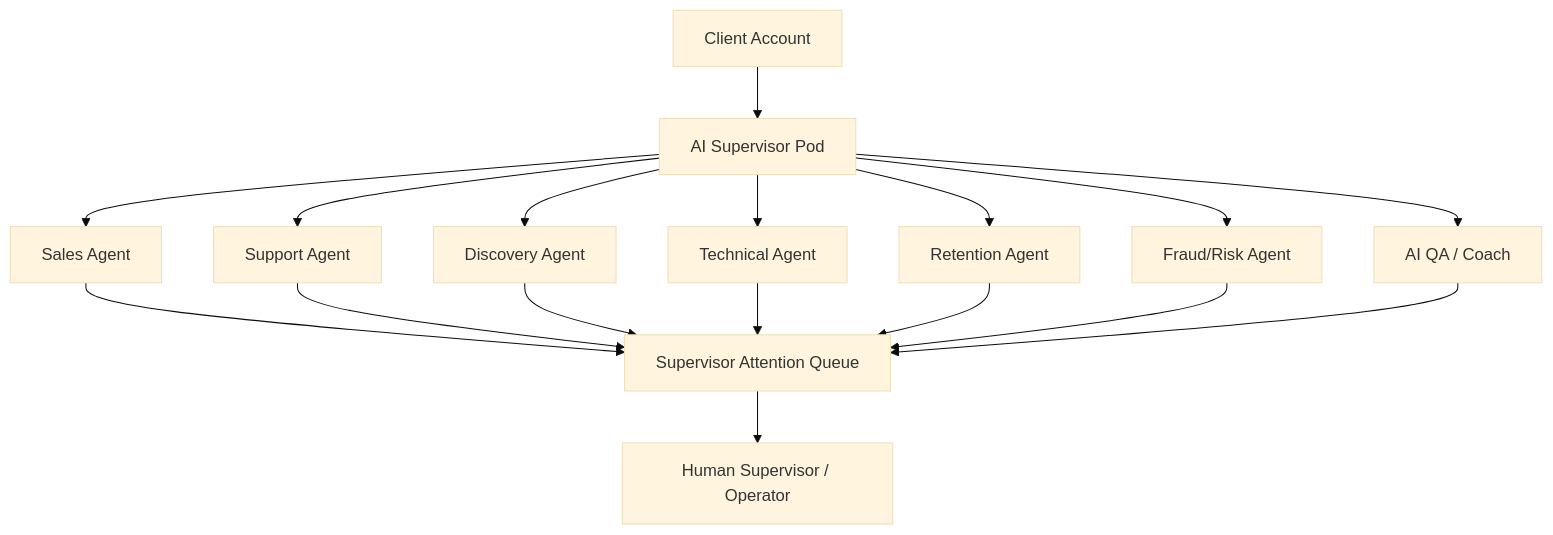
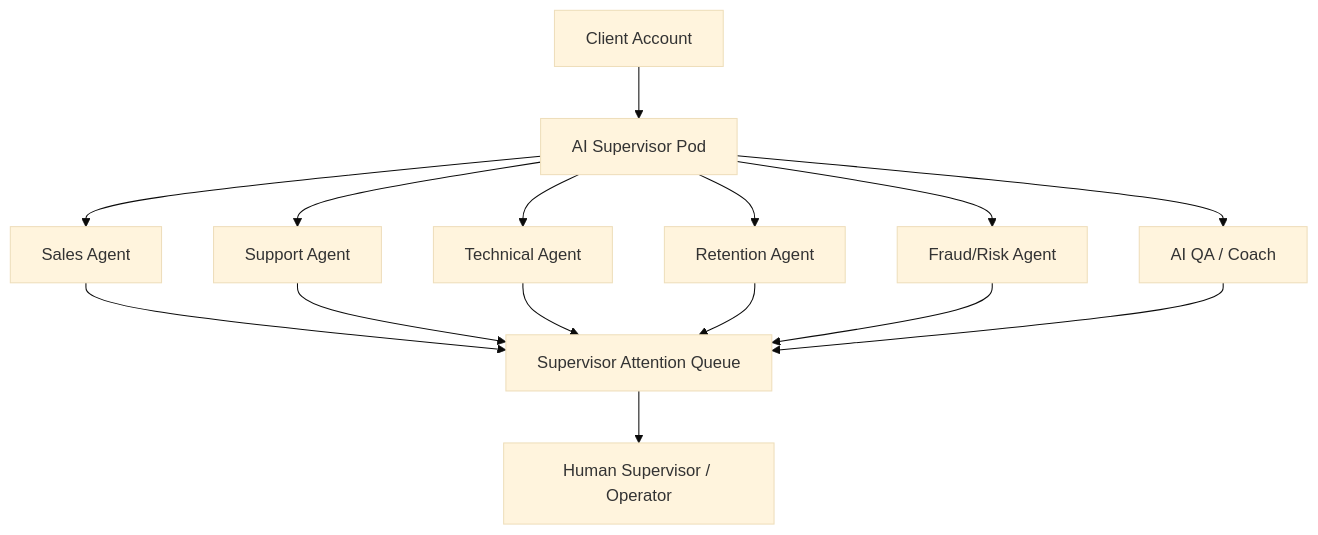
Before and after one commit to rdkrstn/sagad-os: the second of 2 diagrams in docs/blueprints/01-platform-architecture.md, drawn with Mermaid (base theme). The commit also changed other lines of this file and 40 other files, not shown here.

````diff
--- a/docs/blueprints/01-platform-architecture.md
+++ b/docs/blueprints/01-platform-architecture.md
@@ -70,19 +70,17 @@
 ```mermaid
 flowchart TD
     Account["Client Account"] --> Sup["AI Supervisor Pod"]
     Sup --> Sales["Sales Agent"]
     Sup --> Support["Support Agent"]
-    Sup --> Discovery["Discovery Agent"]
     Sup --> Tech["Technical Agent"]
     Sup --> Retention["Retention Agent"]
     Sup --> Fraud["Fraud/Risk Agent"]
     Sup --> QA["AI QA / Coach"]
     Sales --> Queue["Supervisor Attention Queue"]
     Support --> Queue
-    Discovery --> Queue
     Tech --> Queue
     Retention --> Queue
     Fraud --> Queue
     QA --> Queue
     Queue --> Human["Human Supervisor / Operator"]
 ```
````
